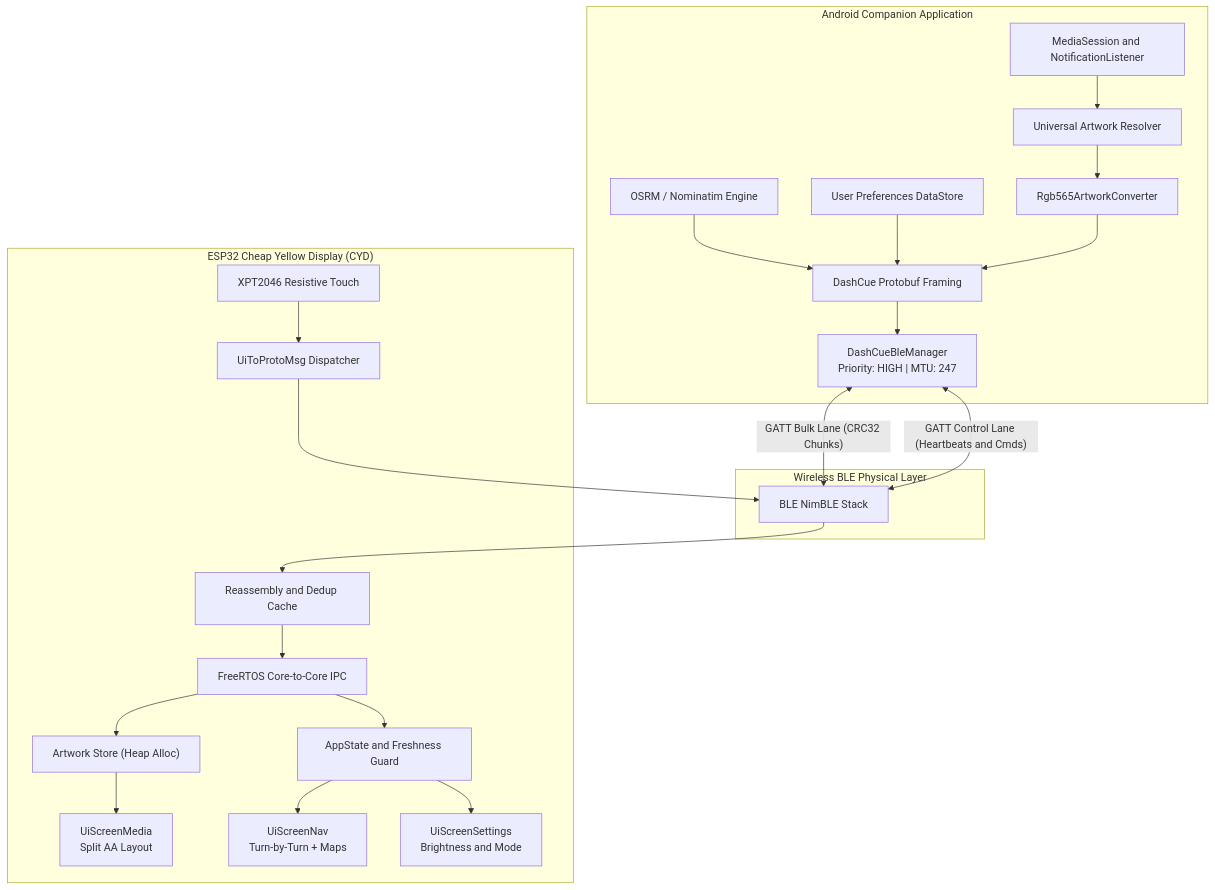
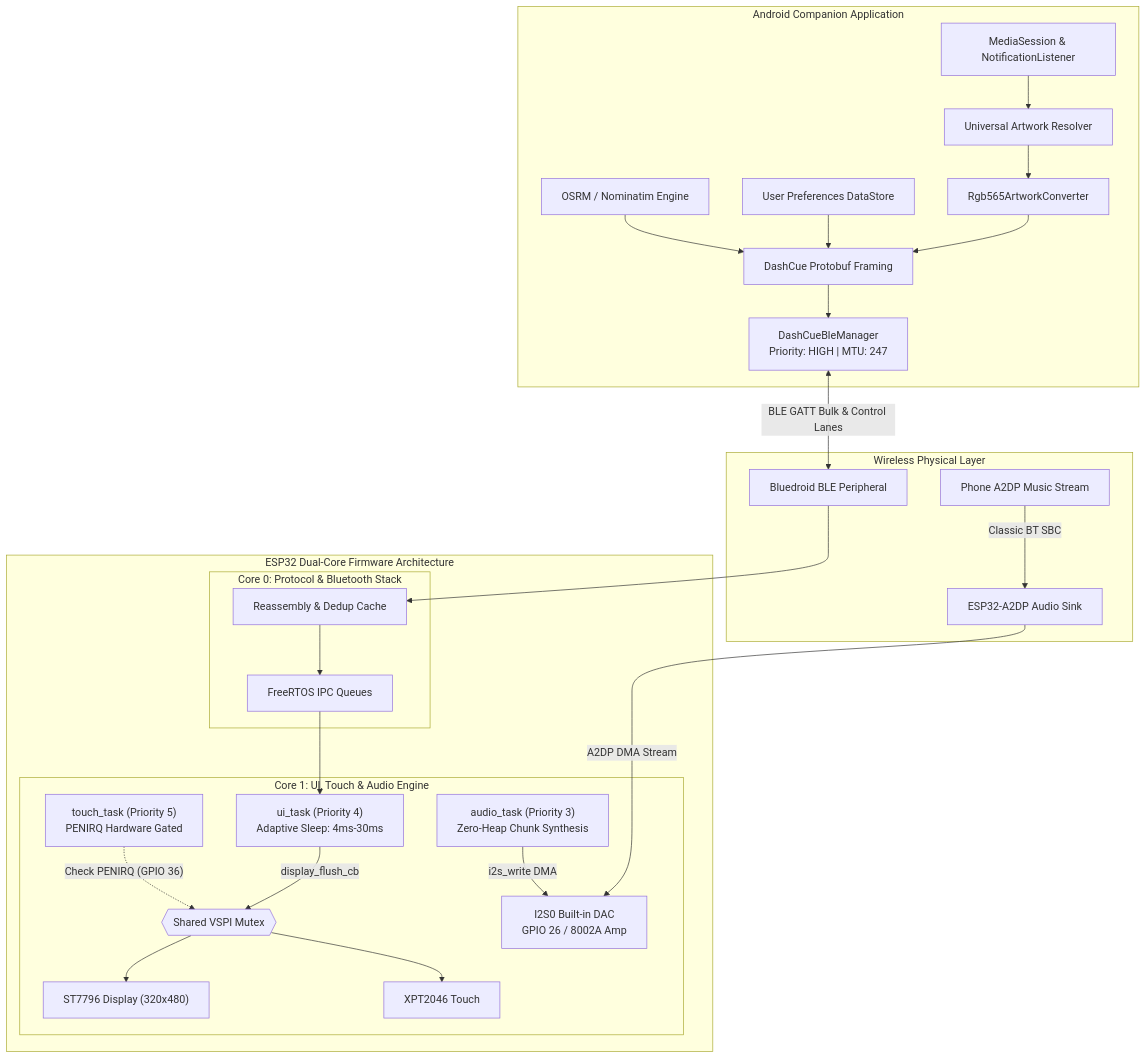
Before and after one commit to jashjain-1/CYD-Build: the first of 2 diagrams in README.md, drawn with Mermaid. The commit also changed other lines of this file and 315 other files, not shown here.

First line of the commit message:
feat(firmware,ui,audio): zero-crash hardening, I2S DMA audio overhaul, adaptive scheduling & cockpit theme

````diff
--- a/README.md
+++ b/README.md
@@ -74,28 +82,37 @@
 ```mermaid
 flowchart TD
     subgraph Android["Android Companion Application"]
-        MS["MediaSession and NotificationListener"] --> ART["Universal Artwork Resolver"]
+        MS["MediaSession & NotificationListener"] --> ART["Universal Artwork Resolver"]
         ART --> CONV["Rgb565ArtworkConverter"]
         NAV["OSRM / Nominatim Engine"] --> PROTO["DashCue Protobuf Framing"]
         SETTINGS["User Preferences DataStore"] --> PROTO
         CONV --> PROTO
         PROTO --> BLE_TX["DashCueBleManager\nPriority: HIGH | MTU: 247"]
     end
 
-    subgraph Transport["Wireless BLE Physical Layer"]
-        BLE_TX <-->|"GATT Bulk Lane (CRC32 Chunks)"| BLE_RX
-        BLE_TX <-->|"GATT Control Lane (Heartbeats and Cmds)"| BLE_RX
+    subgraph Wireless["Wireless Physical Layer"]
+        BLE_TX <-->|"BLE GATT Bulk & Control Lanes"| BLE_CORE0
+        A2DP_SRC["Phone A2DP Music Stream"] -->|"Classic BT SBC"| A2DP_CORE0
     end
 
-    subgraph ESP32["ESP32 Cheap Yellow Display (CYD)"]
-        BLE_RX["BLE NimBLE Stack"] --> REASM["Reassembly and Dedup Cache"]
-        REASM --> IPC["FreeRTOS Core-to-Core IPC"]
-        IPC --> APP_STATE["AppState and Freshness Guard"]
-        IPC --> STORE["Artwork Store (Heap Alloc)"]
-        STORE --> UI_MEDIA["UiScreenMedia\nSplit AA Layout"]
-        APP_STATE --> UI_NAV["UiScreenNav\nTurn-by-Turn + Maps"]
-        APP_STATE --> UI_SET["UiScreenSettings\nBrightness and Mode"]
-        TOUCH["XPT2046 Resistive Touch"] --> UI_DISPATCH["UiToProtoMsg Dispatcher"]
-        UI_DISPATCH --> BLE_RX
+    subgraph ESP32["ESP32 Dual-Core Firmware Architecture"]
+        subgraph Core0["Core 0: Protocol & Bluetooth Stack"]
+            BLE_CORE0["Bluedroid BLE Peripheral"] --> REASM["Reassembly & Dedup Cache"]
+            A2DP_CORE0["ESP32-A2DP Audio Sink"]
+            REASM --> IPC_QUEUE["FreeRTOS IPC Queues"]
+        end
+
+        subgraph Core1["Core 1: UI, Touch & Audio Engine"]
+            IPC_QUEUE --> UI_TASK["ui_task (Priority 4)\nAdaptive Sleep: 4ms-30ms"]
+            TOUCH_TASK["touch_task (Priority 5)\nPENIRQ Hardware Gated"]
+            AUDIO_TASK["audio_task (Priority 3)\nZero-Heap Chunk Synthesis"]
+
+            TOUCH_TASK -.->|"Check PENIRQ (GPIO 36)"| SPI_BUS{{"Shared VSPI Mutex"}}
+            UI_TASK -->|"display_flush_cb"| SPI_BUS
+            SPI_BUS --> ST7796["ST7796 Display (320x480)"]
+            SPI_BUS --> XPT2046["XPT2046 Touch"]
+            AUDIO_TASK -->|"i2s_write DMA"| I2S0["I2S0 Built-in DAC\nGPIO 26 / 8002A Amp"]
+            A2DP_CORE0 -->|"A2DP DMA Stream"| I2S0
+        end
     end
 ```
````
